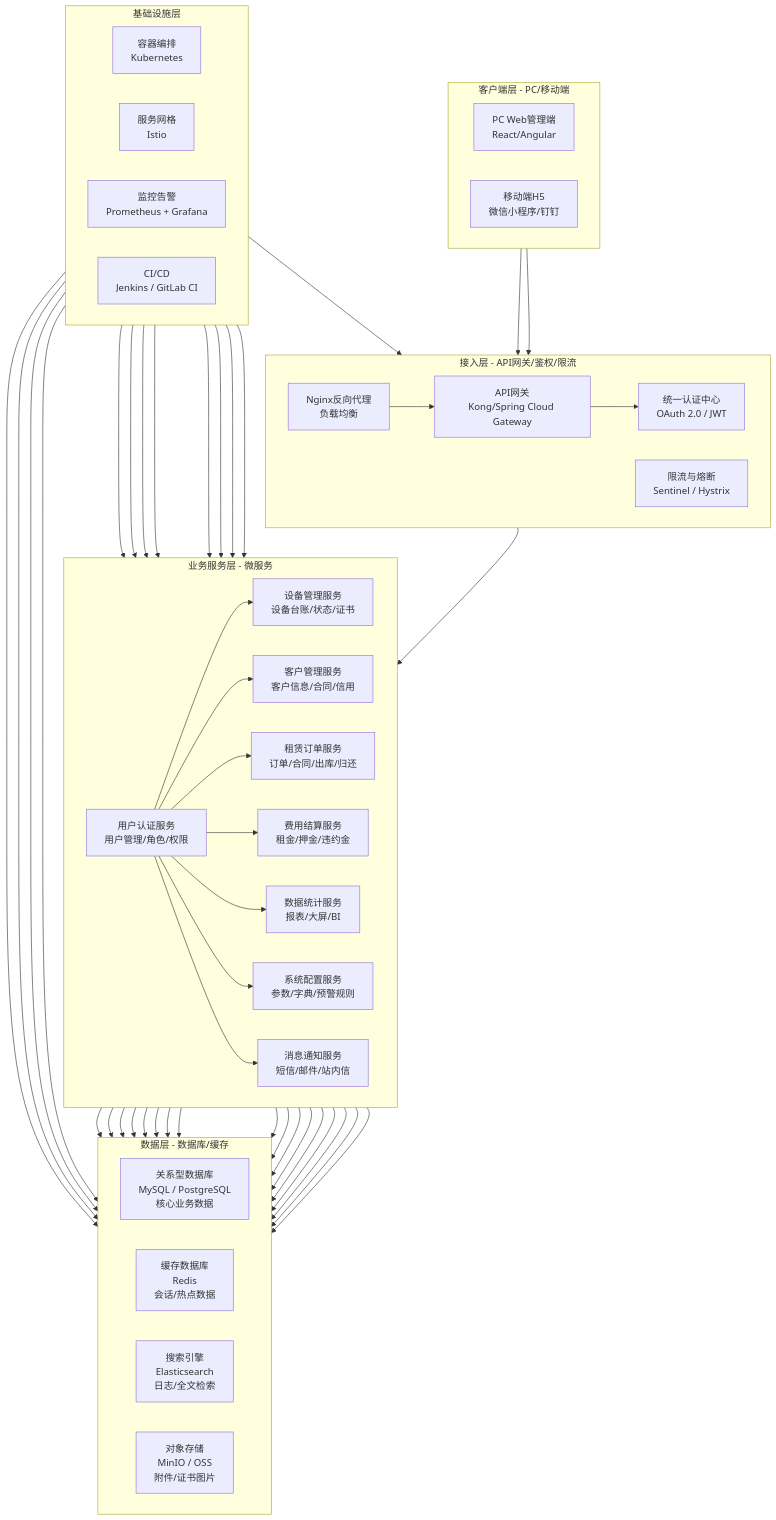
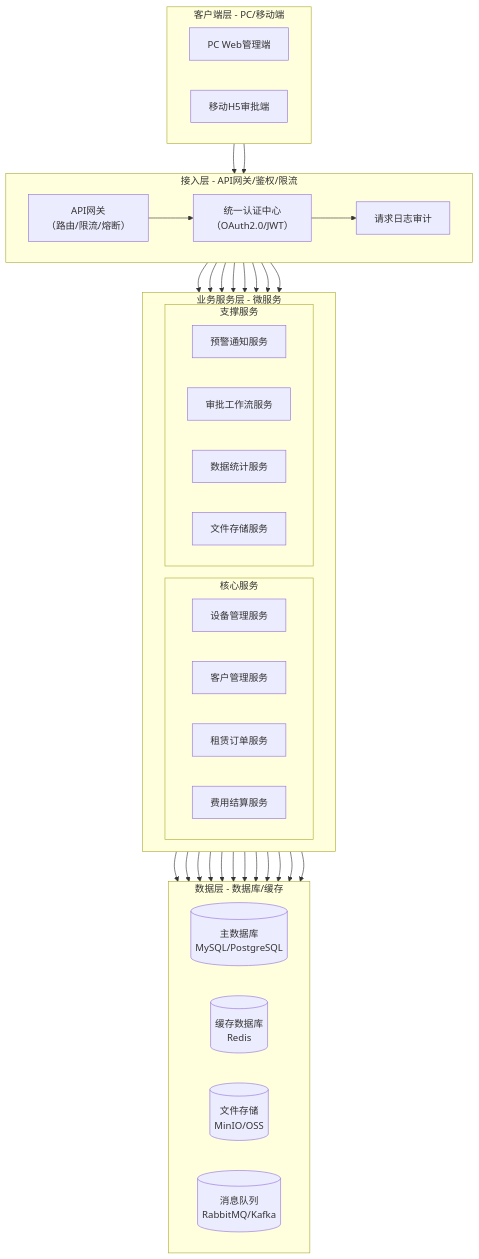
One commit to JiangHuanzhen/medical-device-rental-system changed the first of 4 diagrams in .claude/knowledge-base/wiki/summaries/SRS-初稿-20260626-v3.md. Above: the diagram before and after it, drawn with Mermaid. The commit also changed other lines of this file and 223 other files, not shown here.

````diff
--- a/.claude/knowledge-base/wiki/summaries/SRS-初稿-20260626-v3.md
+++ b/.claude/knowledge-base/wiki/summaries/SRS-初稿-20260626-v3.md
@@ -108,44 +111,39 @@
 flowchart TD
     subgraph 客户端层[客户端层 - PC/移动端]
         direction LR
-        A1[PC Web管理端<br/>React/Angular] 
-        A2[移动端H5<br/>微信小程序/钉钉]
+        A1[PC Web管理端] 
+        A2[移动H5审批端]
     end
 
     subgraph 接入层[接入层 - API网关/鉴权/限流]
         direction LR
-        B1[Nginx反向代理<br/>负载均衡]
-        B2[API网关<br/>Kong/Spring Cloud Gateway]
-        B3[统一认证中心<br/>OAuth 2.0 / JWT]
-        B4[限流与熔断<br/>Sentinel / Hystrix]
+        B1[API网关<br/>（路由/限流/熔断）]
+        B2[统一认证中心<br/>（OAuth2.0/JWT）]
+        B3[请求日志审计]
     end
 
     subgraph 业务服务层[业务服务层 - 微服务]
         direction LR
-        C1[用户认证服务<br/>用户管理/角色/权限]
-        C2[设备管理服务<br/>设备台账/状态/证书]
-        C3[客户管理服务<br/>客户信息/合同/信用]
-        C4[租赁订单服务<br/>订单/合同/出库/归还]
-        C5[费用结算服务<br/>租金/押金/违约金]
-        C6[数据统计服务<br/>报表/大屏/BI]
-        C7[系统配置服务<br/>参数/字典/预警规则]
-        C8[消息通知服务<br/>短信/邮件/站内信]
+        subgraph 核心服务
+            C1[设备管理服务]
+            C2[客户管理服务]
+            C3[租赁订单服务]
+            C4[费用结算服务]
+        end
+        subgraph 支撑服务
+            C5[预警通知服务]
+            C6[审批工作流服务]
+            C7[数据统计服务]
+            C8[文件存储服务]
+        end
     end
 
     subgraph 数据层[数据层 - 数据库/缓存]
         direction LR
-        D1[关系型数据库<br/>MySQL / PostgreSQL<br/>核心业务数据]
-        D2[缓存数据库<br/>Redis<br/>会话/热点数据]
-        D3[搜索引擎<br/>Elasticsearch<br/>日志/全文检索]
-        D4[对象存储<br/>MinIO / OSS<br/>附件/证书图片]
-    end
-
-    subgraph 基础设施层[基础设施层]
-        direction LR
-        E1[容器编排<br/>Kubernetes]
-        E2[服务网格<br/>Istio]
-        E3[监控告警<br/>Prometheus + Grafana]
-        E4[CI/CD<br/>Jenkins / GitLab CI]
+        D1[(主数据库<br/>MySQL/PostgreSQL)]
+        D2[(缓存数据库<br/>Redis)]
+        D3[(文件存储<br/>MinIO/OSS)]
+        D4[(消息队列<br/>RabbitMQ/Kafka)]
     end
 
     A1 --> B1
@@ -153,41 +151,23 @@
     B1 --> B2
     B2 --> B3
     B3 --> C1
-    C1 --> C2
-    C1 --> C3
-    C1 --> C4
-    C1 --> C5
-    C1 --> C6
-    C1 --> C7
-    C1 --> C8
+    B3 --> C2
+    B3 --> C3
+    B3 --> C4
+    B3 --> C5
+    B3 --> C6
+    B3 --> C7
+    B3 --> C8
+    C1 --> D1
     C2 --> D1
+    C3 --> D1
+    C4 --> D1
+    C5 --> D4
+    C6 --> D4
+    C7 --> D1
+    C8 --> D3
+    C1 --> D2
     C2 --> D2
-    C3 --> D1
     C3 --> D2
-    C4 --> D1
     C4 --> D2
-    C5 --> D1
-    C5 --> D2
-    C6 --> D1
-    C6 --> D3
-    C7 --> D1
-    C7 --> D2
-    C8 --> D1
-    C2 --> D4
-    C3 --> D4
-    C4 --> D4
-    C5 --> D4
-    E1 --> B1
-    E1 --> C1
-    E1 --> C2
-    E1 --> C3
-    E1 --> C4
-    E1 --> C5
-    E1 --> C6
-    E1 --> C7
-    E1 --> C8
-    E1 --> D1
-    E1 --> D2
-    E1 --> D3
-    E1 --> D4
 ```
````
